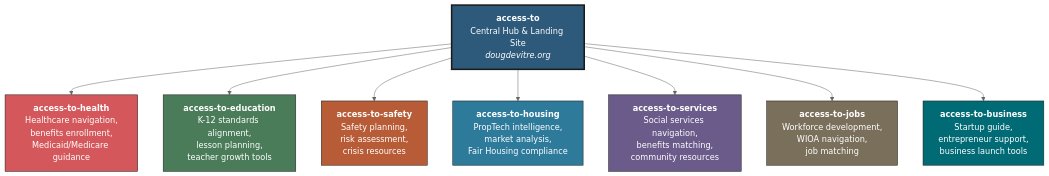
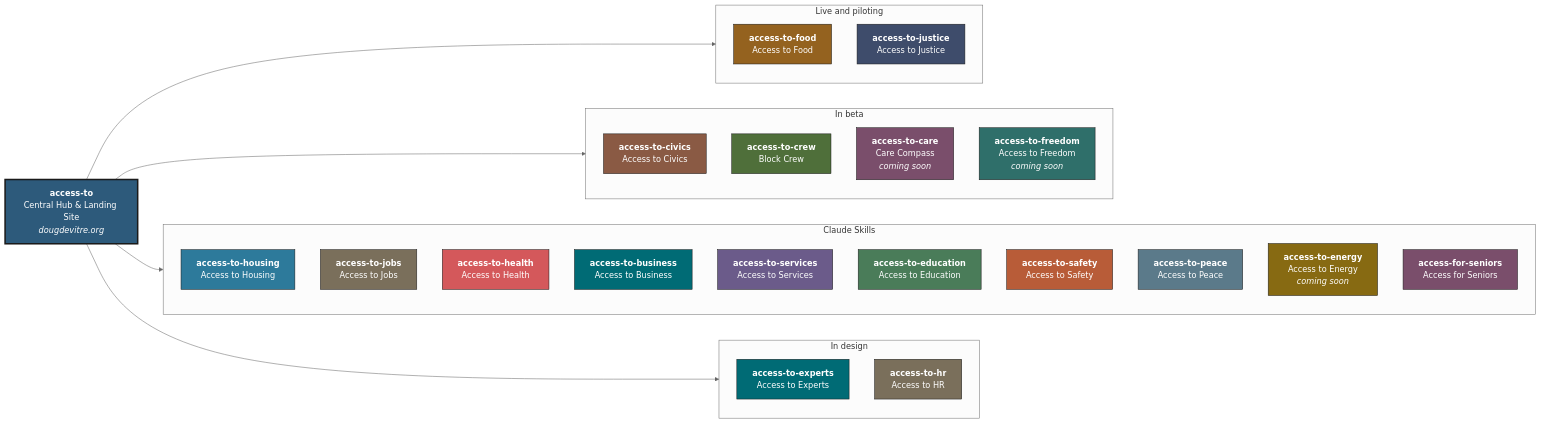
One commit to dougdevitre/access-to changed the second of 6 diagrams in README.md. Above: the diagram before and after it, drawn with Mermaid (neutral theme). The commit also changed other lines of this file and 7631 other files, not shown here.

````diff
--- a/README.md
+++ b/README.md
@@ -103,21 +108,58 @@
 ```mermaid
-flowchart TB
+flowchart LR
     HUB["<b>access-to</b><br/>Central Hub & Landing Site<br/><i>dougdevitre.org</i>"]
-
-    HUB --> HEALTH["<b>access-to-health</b><br/>Healthcare navigation,<br/>benefits enrollment,<br/>Medicaid/Medicare guidance"]
-    HUB --> EDU["<b>access-to-education</b><br/>K-12 standards alignment,<br/>lesson planning,<br/>teacher growth tools"]
-    HUB --> SAFETY["<b>access-to-safety</b><br/>Safety planning,<br/>risk assessment,<br/>crisis resources"]
-    HUB --> HOUSING["<b>access-to-housing</b><br/>PropTech intelligence,<br/>market analysis,<br/>Fair Housing compliance"]
-    HUB --> SERVICES["<b>access-to-services</b><br/>Social services navigation,<br/>benefits matching,<br/>community resources"]
-    HUB --> JOBS["<b>access-to-jobs</b><br/>Workforce development,<br/>WIOA navigation,<br/>job matching"]
-    HUB --> BIZ["<b>access-to-business</b><br/>Startup guide,<br/>entrepreneur support,<br/>business launch tools"]
+    subgraph LIVE ["Live and piloting"]
+        direction TB
+        access_to_food["<b>access-to-food</b><br/>Access to Food"]
+        access_to_justice["<b>access-to-justice</b><br/>Access to Justice"]
+    end
+    HUB --> LIVE
+    subgraph BETA ["In beta"]
+        direction TB
+        access_to_civics["<b>access-to-civics</b><br/>Access to Civics"]
+        access_to_crew["<b>access-to-crew</b><br/>Block Crew"]
+        access_to_care["<b>access-to-care</b><br/>Care Compass<br/><i>coming soon</i>"]
+        access_to_freedom["<b>access-to-freedom</b><br/>Access to Freedom<br/><i>coming soon</i>"]
+    end
+    HUB --> BETA
+    subgraph SKILLS ["Claude Skills"]
+        direction TB
+        access_to_housing["<b>access-to-housing</b><br/>Access to Housing"]
+        access_to_jobs["<b>access-to-jobs</b><br/>Access to Jobs"]
+        access_to_health["<b>access-to-health</b><br/>Access to Health"]
+        access_to_business["<b>access-to-business</b><br/>Access to Business"]
+        access_to_services["<b>access-to-services</b><br/>Access to Services"]
+        access_to_education["<b>access-to-education</b><br/>Access to Education"]
+        access_to_safety["<b>access-to-safety</b><br/>Access to Safety"]
+        access_to_peace["<b>access-to-peace</b><br/>Access to Peace"]
+        access_to_energy["<b>access-to-energy</b><br/>Access to Energy<br/><i>coming soon</i>"]
+        access_for_seniors["<b>access-for-seniors</b><br/>Access for Seniors"]
+    end
+    HUB --> SKILLS
+    subgraph DESIGN ["In design"]
+        direction TB
+        access_to_experts["<b>access-to-experts</b><br/>Access to Experts"]
+        access_to_hr["<b>access-to-hr</b><br/>Access to HR"]
+    end
+    HUB --> DESIGN
 
     style HUB fill:#2D5A7B,stroke:#1A1A1A,color:#fff,stroke-width:3px
-    style HEALTH fill:#D4585B,stroke:#1A1A1A,color:#fff
-    style EDU fill:#4A7C59,stroke:#1A1A1A,color:#fff
-    style SAFETY fill:#B85C38,stroke:#1A1A1A,color:#fff
-    style HOUSING fill:#2D7A9B,stroke:#1A1A1A,color:#fff
-    style SERVICES fill:#6B5B8A,stroke:#1A1A1A,color:#fff
-    style JOBS fill:#7A6F5B,stroke:#1A1A1A,color:#fff
-    style BIZ fill:#006b75,stroke:#1A1A1A,color:#fff
+    style access_to_food fill:#94621F,stroke:#1A1A1A,color:#fff
+    style access_to_justice fill:#3E4C6B,stroke:#1A1A1A,color:#fff
+    style access_to_civics fill:#8A5A44,stroke:#1A1A1A,color:#fff
+    style access_to_crew fill:#4F6F3A,stroke:#1A1A1A,color:#fff
+    style access_to_care fill:#7A4E6B,stroke:#1A1A1A,color:#fff
+    style access_to_freedom fill:#2F6F6A,stroke:#1A1A1A,color:#fff
+    style access_to_housing fill:#2D7A9B,stroke:#1A1A1A,color:#fff
+    style access_to_jobs fill:#7A6F5B,stroke:#1A1A1A,color:#fff
+    style access_to_health fill:#D4585B,stroke:#1A1A1A,color:#fff
+    style access_to_business fill:#006b75,stroke:#1A1A1A,color:#fff
+    style access_to_services fill:#6B5B8A,stroke:#1A1A1A,color:#fff
+    style access_to_education fill:#4A7C59,stroke:#1A1A1A,color:#fff
+    style access_to_safety fill:#B85C38,stroke:#1A1A1A,color:#fff
+    style access_to_peace fill:#5B7A8A,stroke:#1A1A1A,color:#fff
+    style access_to_energy fill:#876A12,stroke:#1A1A1A,color:#fff
+    style access_for_seniors fill:#7A4E6B,stroke:#1A1A1A,color:#fff
+    style access_to_experts fill:#006b75,stroke:#1A1A1A,color:#fff
+    style access_to_hr fill:#7A6F5B,stroke:#1A1A1A,color:#fff
 ```
````
